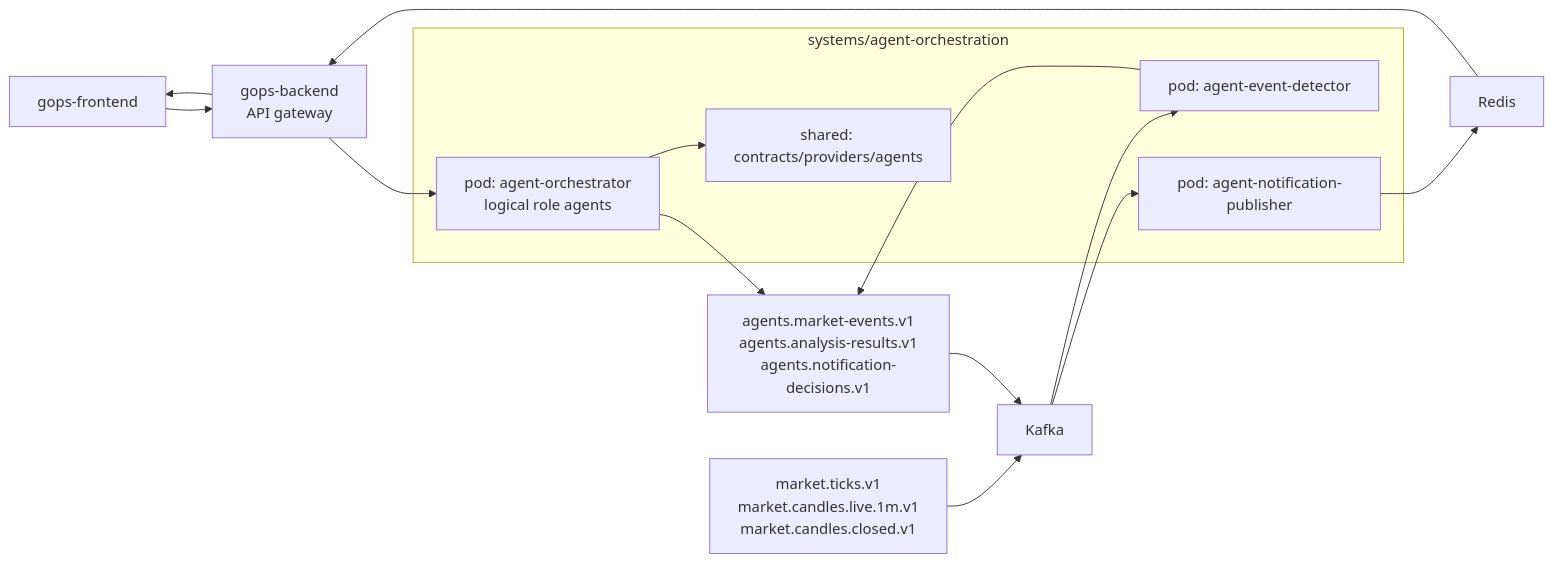
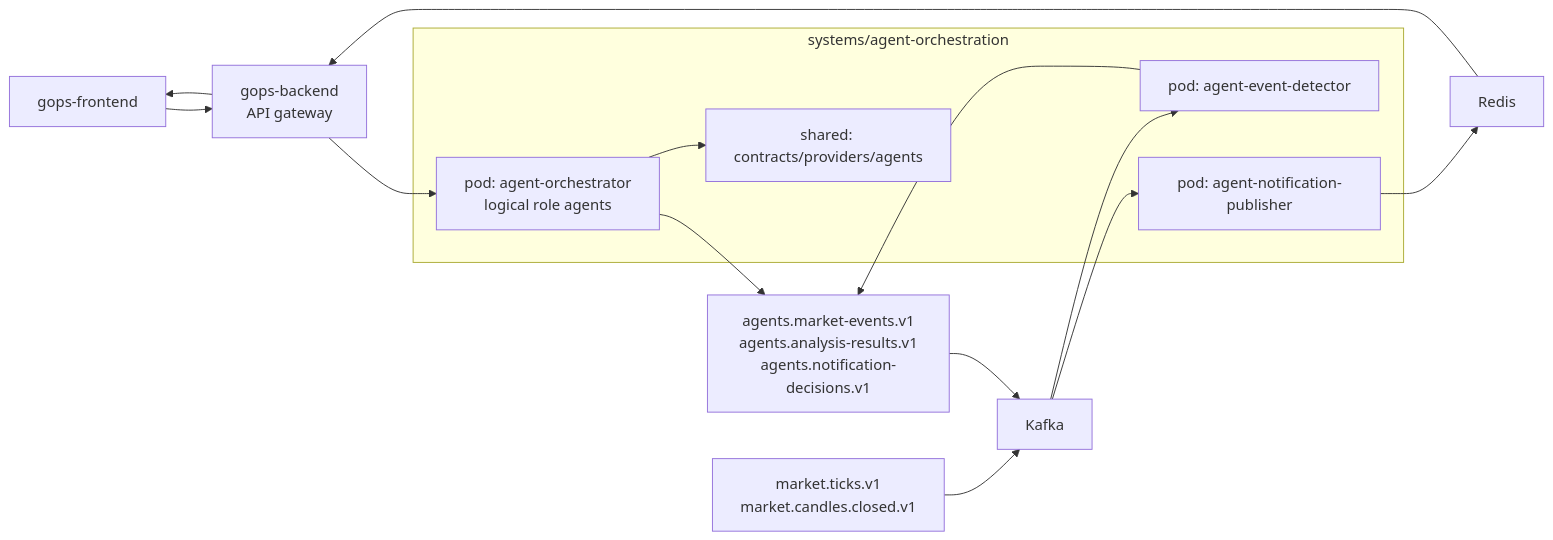
One commit to seunglee10/GOPS-BE changed the first of 3 diagrams in docs/AGENT_ORCHESTRATION_IMPLEMENTATION.md. Above: the diagram before and after it, drawn with Mermaid.

Commit message:
docs(agent): remove live candle topic from event detector flow

````diff
--- a/docs/AGENT_ORCHESTRATION_IMPLEMENTATION.md
+++ b/docs/AGENT_ORCHESTRATION_IMPLEMENTATION.md
@@ -25,30 +25,30 @@
 ```mermaid
 flowchart LR
   Frontend["gops-frontend"]
   Backend["gops-backend<br/>API gateway"]
 
   subgraph AgentSystem["systems/agent-orchestration"]
     Orchestrator["pod: agent-orchestrator<br/>logical role agents"]
     EventDetector["pod: agent-event-detector"]
     NotificationPublisher["pod: agent-notification-publisher"]
     Contracts["shared: contracts/providers/agents"]
   end
 
   Kafka["Kafka"]
   Redis["Redis"]
-  MarketTopics["market.ticks.v1<br/>market.candles.live.1m.v1<br/>market.candles.closed.v1"]
+  MarketTopics["market.ticks.v1<br/>market.candles.closed.v1"]
   AgentTopics["agents.market-events.v1<br/>agents.analysis-results.v1<br/>agents.notification-decisions.v1"]
 
   Frontend --> Backend
   Backend --> Orchestrator
   Orchestrator --> Contracts
   MarketTopics --> Kafka
   Kafka --> EventDetector
   EventDetector --> AgentTopics
   Orchestrator --> AgentTopics
   AgentTopics --> Kafka
   Kafka --> NotificationPublisher
   NotificationPublisher --> Redis
   Redis --> Backend
   Backend --> Frontend
 ```
````
